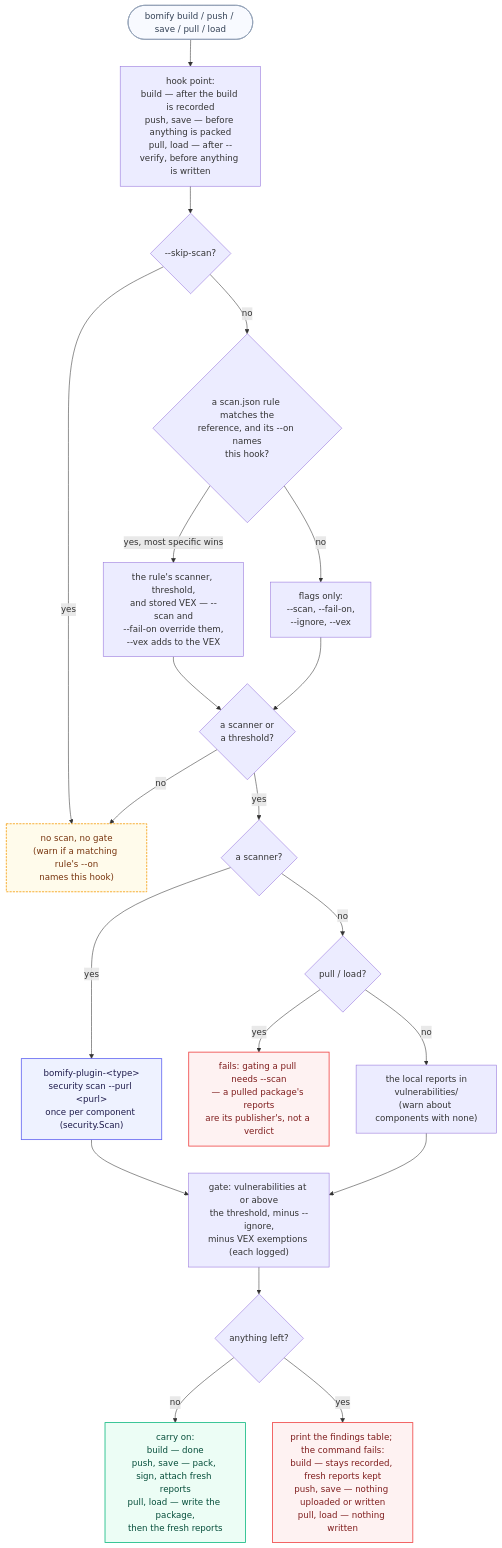
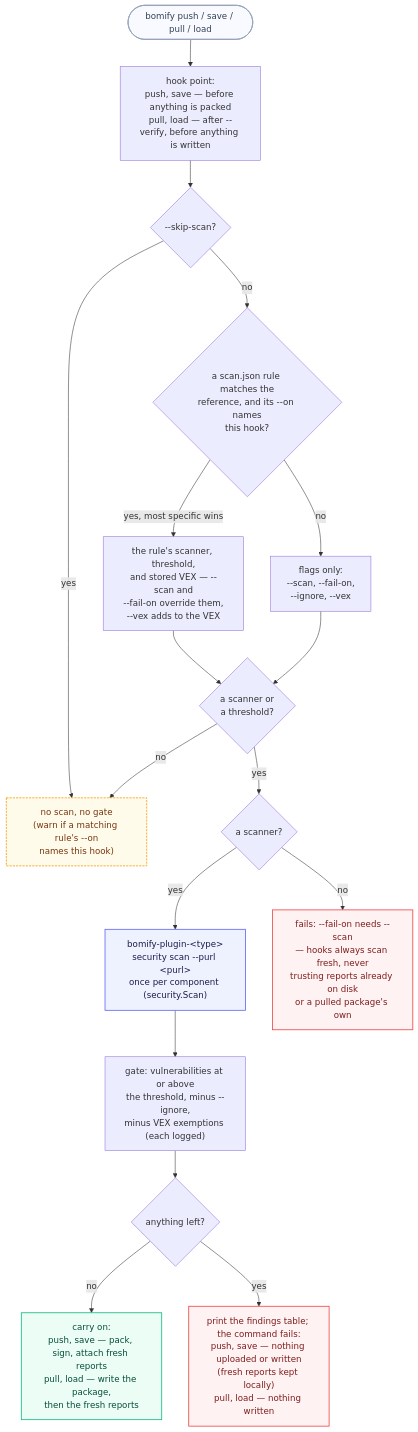
Before and after one commit to alejandro-velasco/bomify: the diagram in docs/diagrams/scanning.mmd, drawn with Mermaid. The commit also changed 22 other files, not shown here.

First line of the commit message:
refactor(security): simplify scan hooks to push and pull

```diff
--- a/docs/diagrams/scanning.mmd
+++ b/docs/diagrams/scanning.mmd
@@ -1,41 +1,37 @@
 flowchart TD
     classDef source fill:#F8FAFF,stroke:#94A3B8,stroke-width:1.5px,color:#334155
     classDef plugin fill:#EEF2FF,stroke:#6366F1,stroke-width:1.5px,color:#1e1b4b
     classDef ok fill:#ECFDF5,stroke:#10B981,stroke-width:1.5px,color:#064e3b
     classDef failed fill:#FEF2F2,stroke:#EF4444,stroke-width:1.5px,color:#7f1d1d
     classDef skipped fill:#FFFBEB,stroke:#F59E0B,stroke-width:1.5px,stroke-dasharray:4 2,color:#78350f
 
-    Start(["bomify build / push / save / pull / load"]) --> When["hook point:<br/>build — after the build is recorded<br/>push, save — before anything is packed<br/>pull, load — after --verify, before anything is written"]
+    Start(["bomify push / save / pull / load"]) --> When["hook point:<br/>push, save — before anything is packed<br/>pull, load — after --verify, before anything is written"]
     When --> Skip{"--skip-scan?"}
 
     Skip -->|"yes"| NoScan["no scan, no gate<br/>(warn if a matching rule's --on<br/>names this hook)"]
     Skip -->|"no"| Rule{"a scan.json rule matches the<br/>reference, and its --on names<br/>this hook?"}
 
     Rule -->|"yes, most specific wins"| UseRule["the rule's scanner, threshold,<br/>and stored VEX — --scan and<br/>--fail-on override them,<br/>--vex adds to the VEX"]
     Rule -->|"no"| UseFlags["flags only:<br/>--scan, --fail-on,<br/>--ignore, --vex"]
 
     UseRule --> Active{"a scanner or<br/>a threshold?"}
     UseFlags --> Active
 
     Active -->|"no"| NoScan
     Active -->|"yes"| Scanner{"a scanner?"}
 
     Scanner -->|"yes"| PluginScan["bomify-plugin-&lt;type&gt;<br/>security scan --purl &lt;purl&gt;<br/>once per component (security.Scan)"]
-    Scanner -->|"no"| IsPull{"pull / load?"}
-
-    IsPull -->|"yes"| NeedScan["fails: gating a pull needs --scan<br/>— a pulled package's reports<br/>are its publisher's, not a verdict"]
-    IsPull -->|"no"| Local["the local reports in<br/>vulnerabilities/<br/>(warn about components with none)"]
+    Scanner -->|"no"| NeedScan["fails: --fail-on needs --scan<br/>— hooks always scan fresh, never<br/>trusting reports already on disk<br/>or a pulled package's own"]
 
     PluginScan --> Gate["gate: vulnerabilities at or above<br/>the threshold, minus --ignore,<br/>minus VEX exemptions (each logged)"]
-    Local --> Gate
 
     Gate --> Left{"anything left?"}
 
-    Left -->|"no"| Continue["carry on:<br/>build — done<br/>push, save — pack, sign, attach fresh reports<br/>pull, load — write the package,<br/>then the fresh reports"]
-    Left -->|"yes"| Failed["print the findings table; the command fails:<br/>build — stays recorded, fresh reports kept<br/>push, save — nothing uploaded or written<br/>pull, load — nothing written"]
+    Left -->|"no"| Continue["carry on:<br/>push, save — pack, sign, attach fresh reports<br/>pull, load — write the package,<br/>then the fresh reports"]
+    Left -->|"yes"| Failed["print the findings table; the command fails:<br/>push, save — nothing uploaded or written<br/>(fresh reports kept locally)<br/>pull, load — nothing written"]
 
     class Start source
     class PluginScan plugin
     class Continue ok
     class Failed,NeedScan failed
     class NoScan skipped
```
